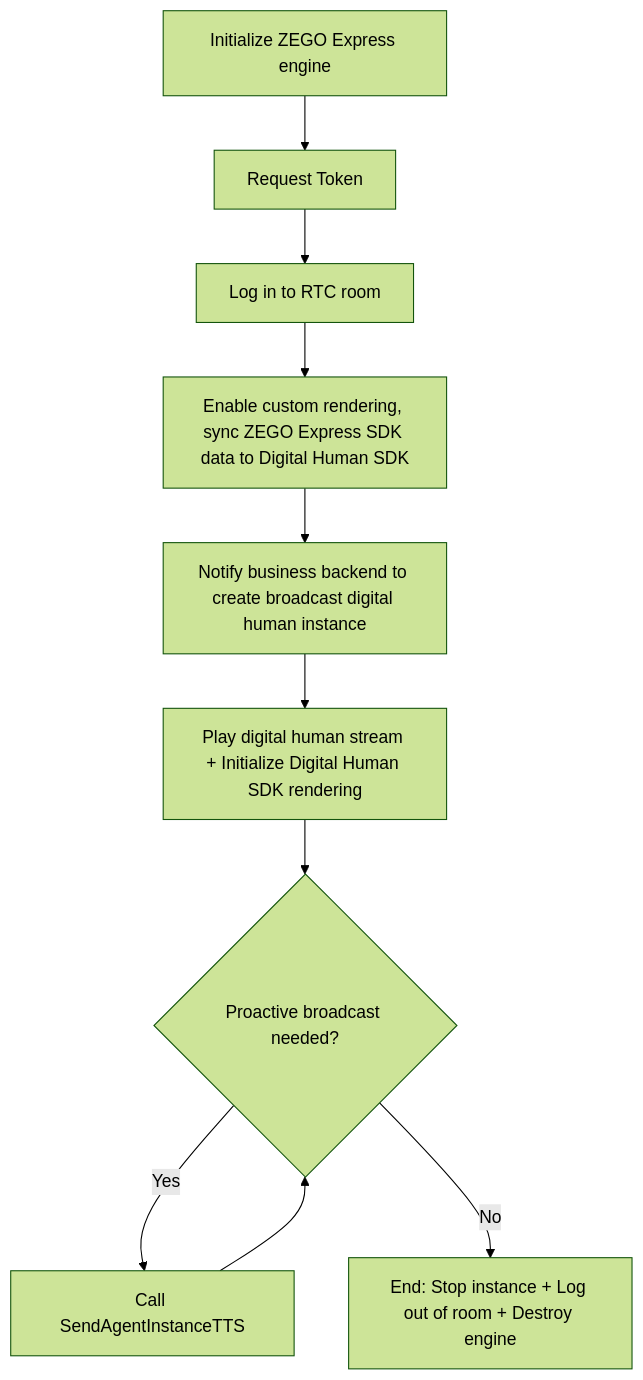
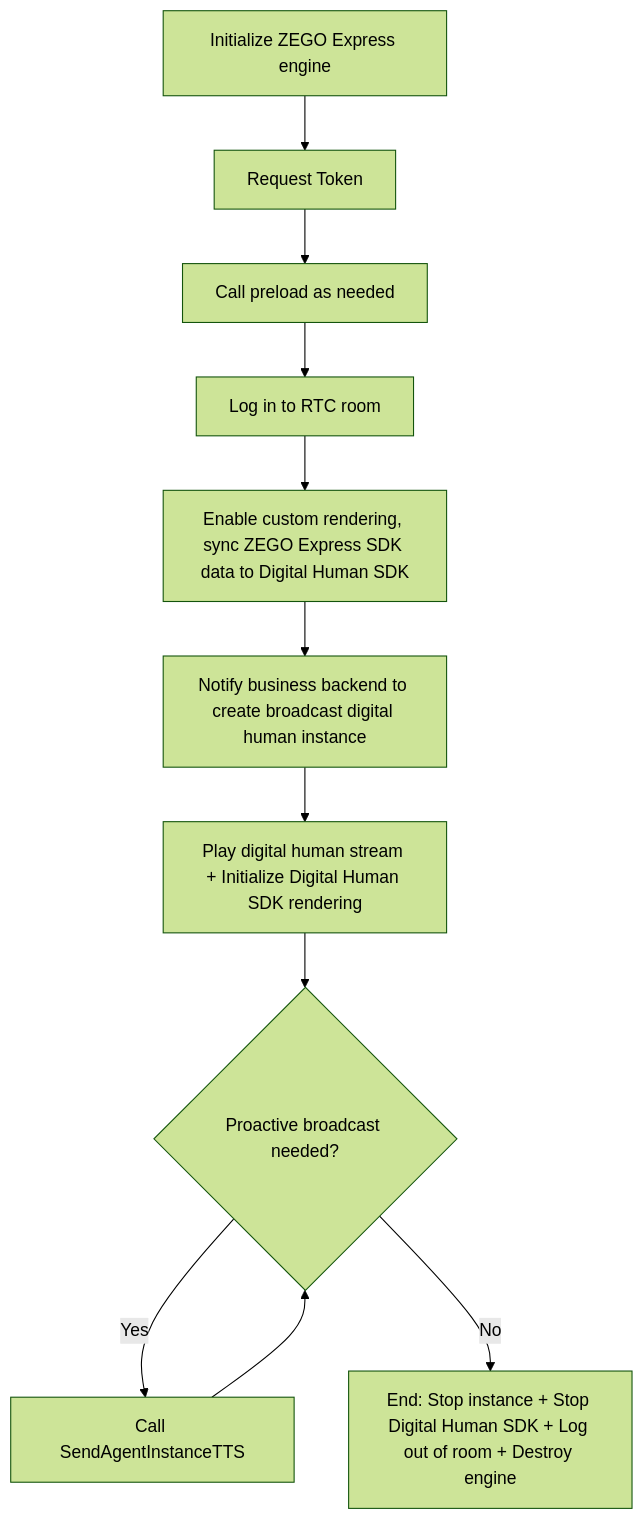
The first of 3 diagrams in core_products/aiagent/en/android/quick-start-with-live-digital-human.mdx (ZEGOCLOUD/docs_all), drawn with Mermaid (forest theme) before and after one commit. The commit also changed other lines of this file and 4 other files, not shown here.

Commit message:
Update modification dates to September 20, 2026, and synchronize Digital Human SDK initialization and exit procedures across Android and Chinese documentation. Update SDK version references to 1.6.0.121 and adjust preload instructions for resource management.

````diff
--- a/core_products/aiagent/en/android/quick-start-with-live-digital-human.mdx
+++ b/core_products/aiagent/en/android/quick-start-with-live-digital-human.mdx
@@ -113,12 +113,13 @@
 ```mermaid
 graph TD
     A[Initialize ZEGO Express engine] --> B[Request Token]
-    B --> C[Log in to RTC room]
+    B --> P[Call preload as needed]
+    P --> C[Log in to RTC room]
     C --> D[Enable custom rendering, sync ZEGO Express SDK data to Digital Human SDK]
     D --> E[Notify business backend to create broadcast digital human instance]
     E --> F[Play digital human stream + Initialize Digital Human SDK rendering]
     F --> G{Proactive broadcast needed?}
     G -->|Yes| H[Call SendAgentInstanceTTS]
     H --> G
-    G -->|No| I[End: Stop instance + Log out of room + Destroy engine]
+    G -->|No| I[End: Stop instance + Stop Digital Human SDK + Log out of room + Destroy engine]
 ```
````
